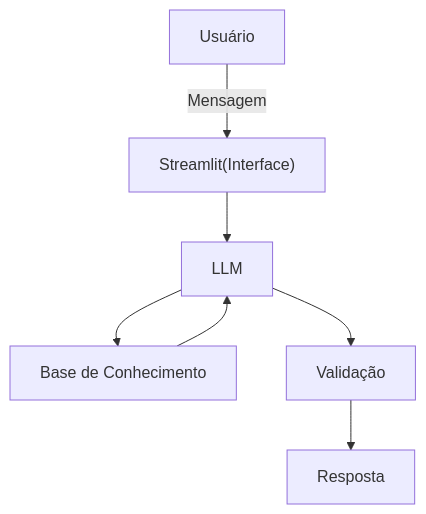
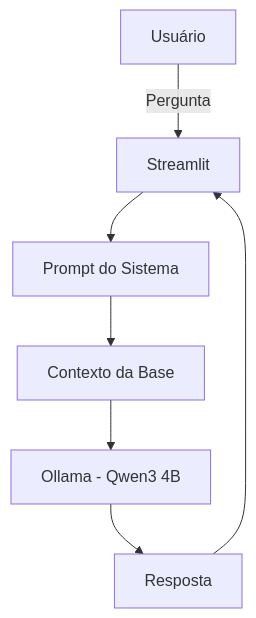
Before and after one commit to PauloLunardi/dio-lab-bia-do-futuro: the diagram in docs/01-documentacao-agente.md, drawn with Mermaid. The commit also changed other lines of this file, not shown here.

````diff
--- a/docs/01-documentacao-agente.md
+++ b/docs/01-documentacao-agente.md
@@ -67,9 +68,9 @@
 ```mermaid
 flowchart TD
-    A[Usuário] -->|Mensagem| B["Streamlit(Interface)"]
-    B --> C[LLM]
-    C --> D[Base de Conhecimento]
-    D --> C
-    C --> E[Validação]
+    A[Usuário] -->|Pergunta| B[Streamlit]
+    B --> C[Prompt do Sistema]
+    C --> D[Contexto da Base]
+    D --> E[Ollama - Qwen3 4B]
     E --> F[Resposta]
+    F --> B
 ```
````
